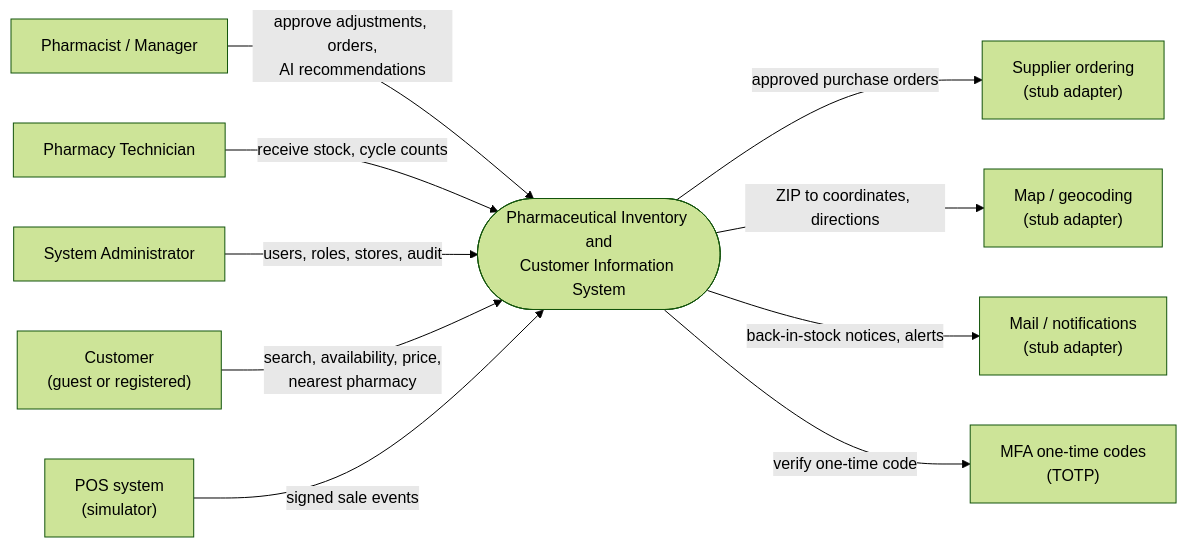
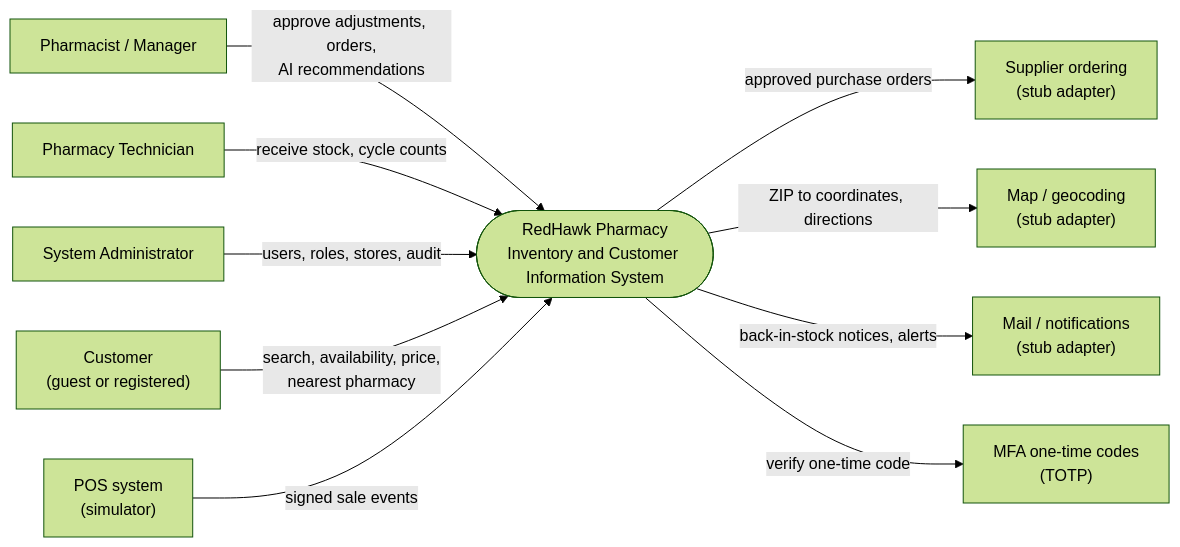
Before and after one commit to zepion1/SWE-PROJECT: the first of 17 diagrams in ARCHITECTURE.md, drawn with Mermaid (forest theme). The commit also changed other lines of this file, not shown here.

Commit message:
docs: brand ARCHITECTURE.md as RedHawk Pharmacy

````diff
--- a/ARCHITECTURE.md
+++ b/ARCHITECTURE.md
@@ -26,26 +26,26 @@
 ```mermaid
 flowchart LR
     pharm["Pharmacist / Manager"]
     tech["Pharmacy Technician"]
     admin["System Administrator"]
     cust["Customer<br/>(guest or registered)"]
 
-    sys(["Pharmaceutical Inventory and<br/>Customer Information System"])
+    sys(["RedHawk Pharmacy<br/>Inventory and Customer Information System"])
 
     pos["POS system<br/>(simulator)"]
     sup["Supplier ordering<br/>(stub adapter)"]
     map["Map / geocoding<br/>(stub adapter)"]
     mail["Mail / notifications<br/>(stub adapter)"]
     mfa["MFA one-time codes<br/>(TOTP)"]
 
     pharm -- "approve adjustments, orders,<br/>AI recommendations" --> sys
     tech -- "receive stock, cycle counts" --> sys
     admin -- "users, roles, stores, audit" --> sys
     cust -- "search, availability, price,<br/>nearest pharmacy" --> sys
 
     pos -- "signed sale events" --> sys
     sys -- "approved purchase orders" --> sup
     sys -- "ZIP to coordinates, directions" --> map
     sys -- "back-in-stock notices, alerts" --> mail
     sys -- "verify one-time code" --> mfa
 ```
````
